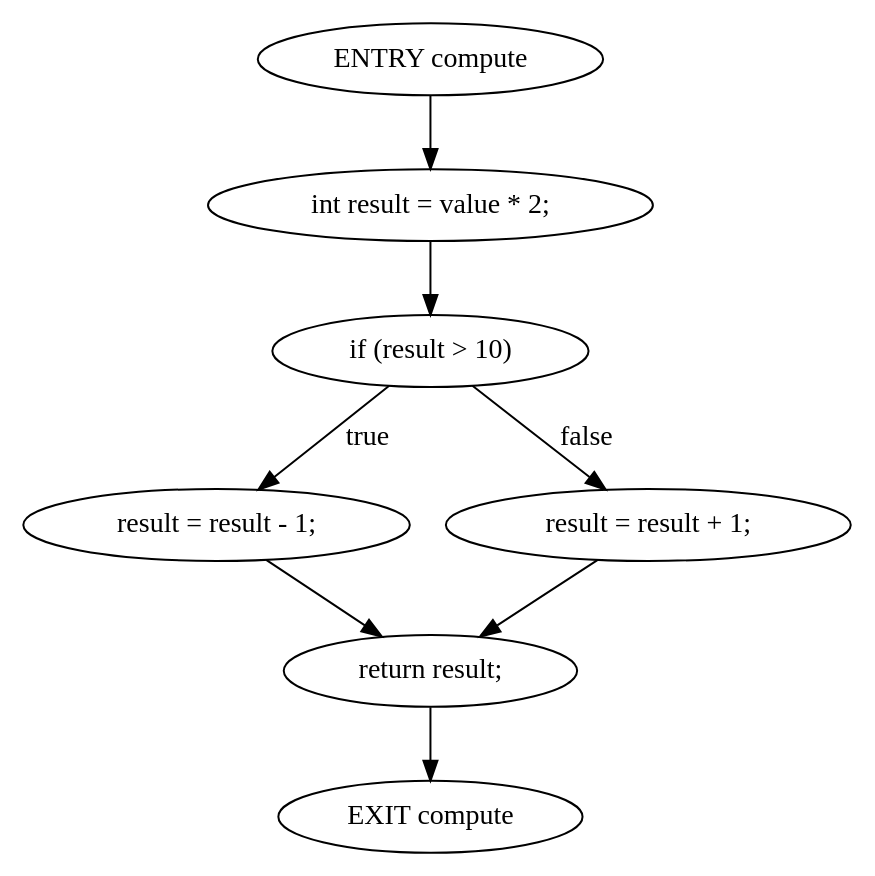
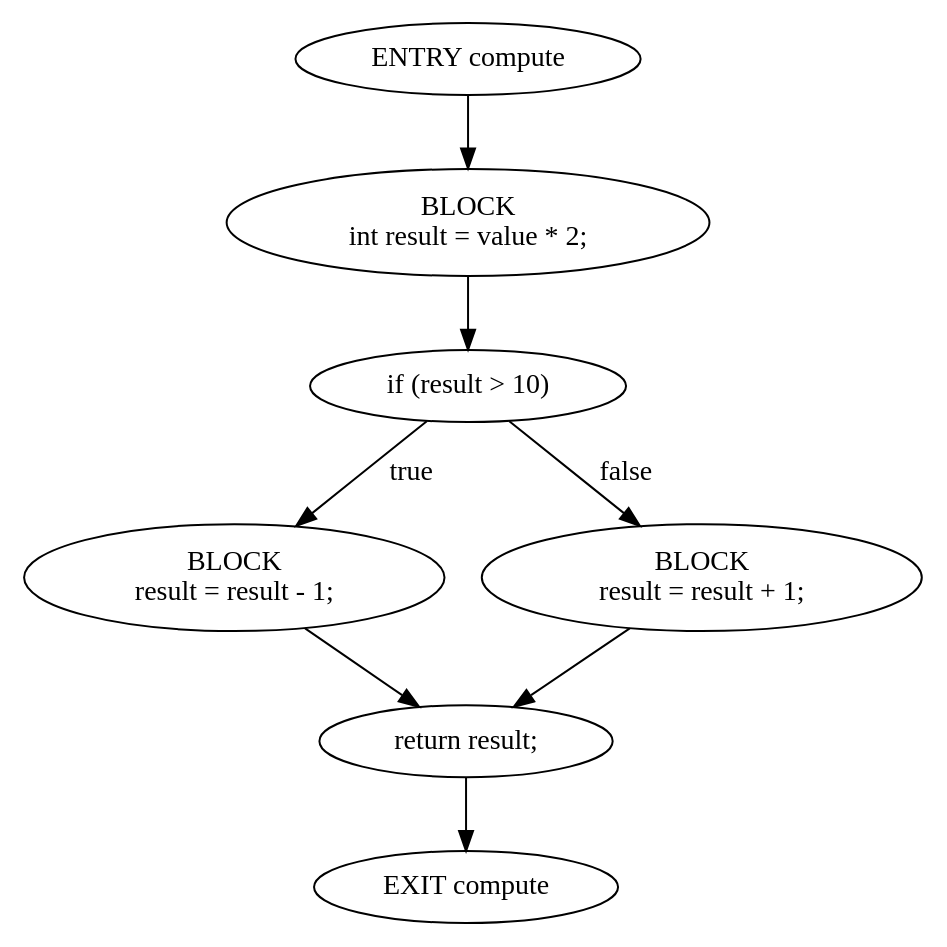
One commit to indudhara59/java-control-flow-analysis changed the diagram in README.md. Above: the diagram before and after it, drawn with Graphviz. The commit also changed other lines of this file and 5 other files, not shown here.

````diff
--- a/README.md
+++ b/README.md
@@ -65,18 +83,18 @@
 ```dot
 digraph "compute" {
   n1 [label="ENTRY compute"];
   n2 [label="EXIT compute"];
-  n3 [label="int result = value * 2;"];
+  n3 [label="BLOCK\nint result = value * 2;"];
   n4 [label="if (result > 10)"];
-  n5 [label="result = result - 1;"];
-  n6 [label="result = result + 1;"];
+  n5 [label="BLOCK\nresult = result - 1;"];
+  n6 [label="BLOCK\nresult = result + 1;"];
   n7 [label="return result;"];
   n1 -> n3;
   n3 -> n4;
   n4 -> n5 [label="true"];
   n4 -> n6 [label="false"];
   n5 -> n7;
   n6 -> n7;
   n7 -> n2;
 }
 ```
````
